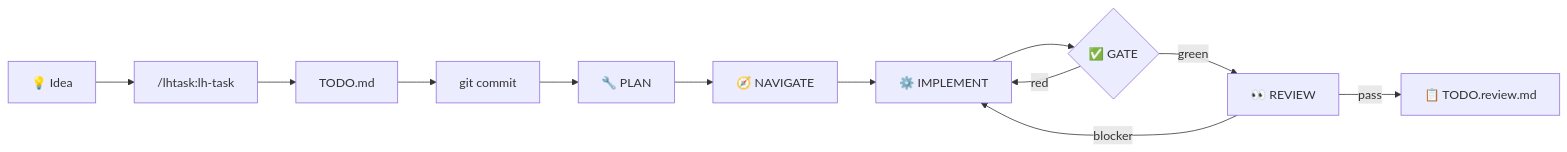
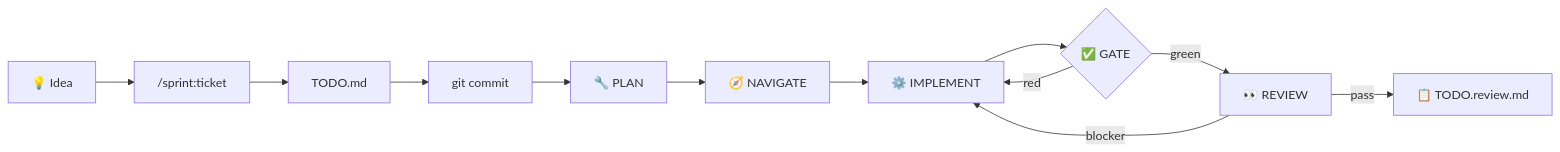
Before and after one commit to leonhoffmann86/team-sprint: the diagram in README.md, drawn with Mermaid. The commit also changed other lines of this file and 30 other files, not shown here.

First line of the commit message:
rename: LHTask → Sprint (v1.0.0)

````diff
--- a/README.md
+++ b/README.md
@@ -19,14 +19,14 @@
 ```mermaid
 graph LR
-    A["💡 Idea"] --> B["/lhtask:lh-task"]
+    A["💡 Idea"] --> B["/sprint:ticket"]
     B --> C["TODO.md"]
     C --> D["git commit"]
     D --> E["🔧 PLAN"]
     E --> F["🧭 NAVIGATE"]
     F --> G["⚙️ IMPLEMENT"]
     G --> H{"✅ GATE"}
     H --"red"--> G
     H --"green"--> I["👀 REVIEW"]
     I --"blocker"--> G
     I --"pass"--> J["📋 TODO.review.md"]
 ```
````
